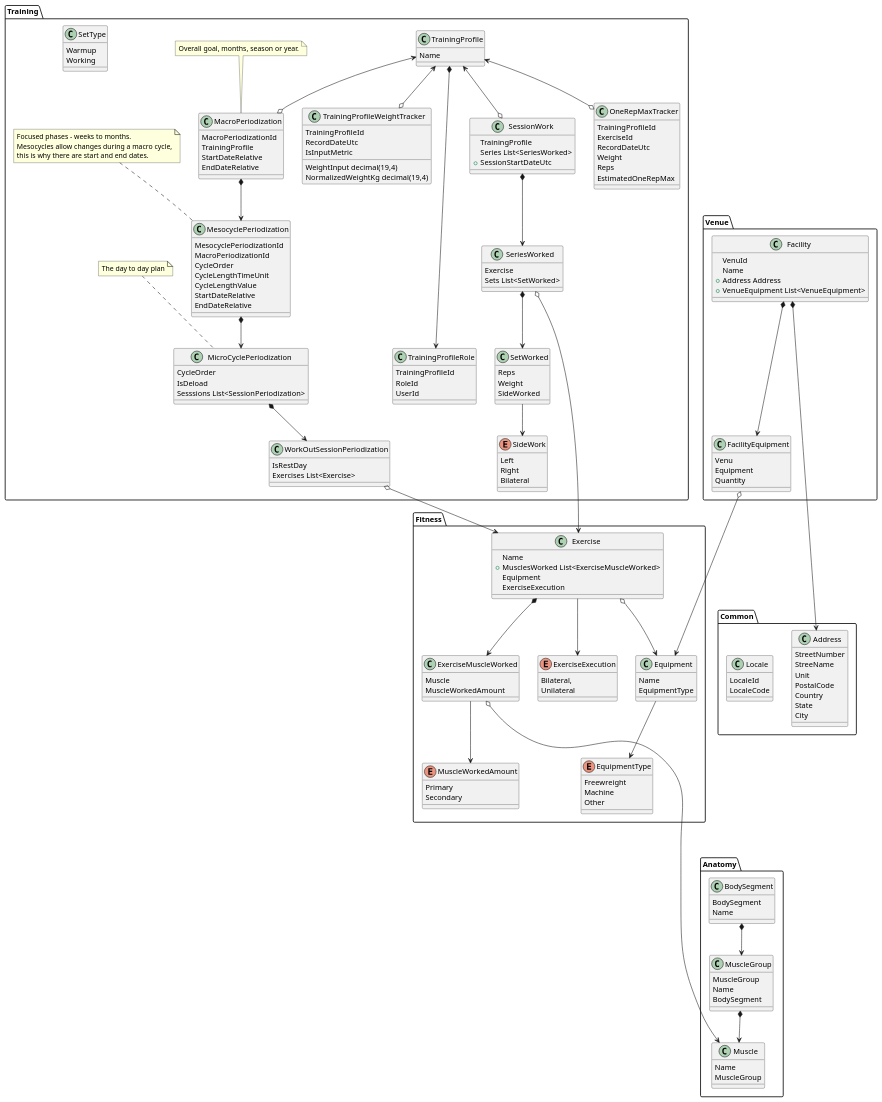
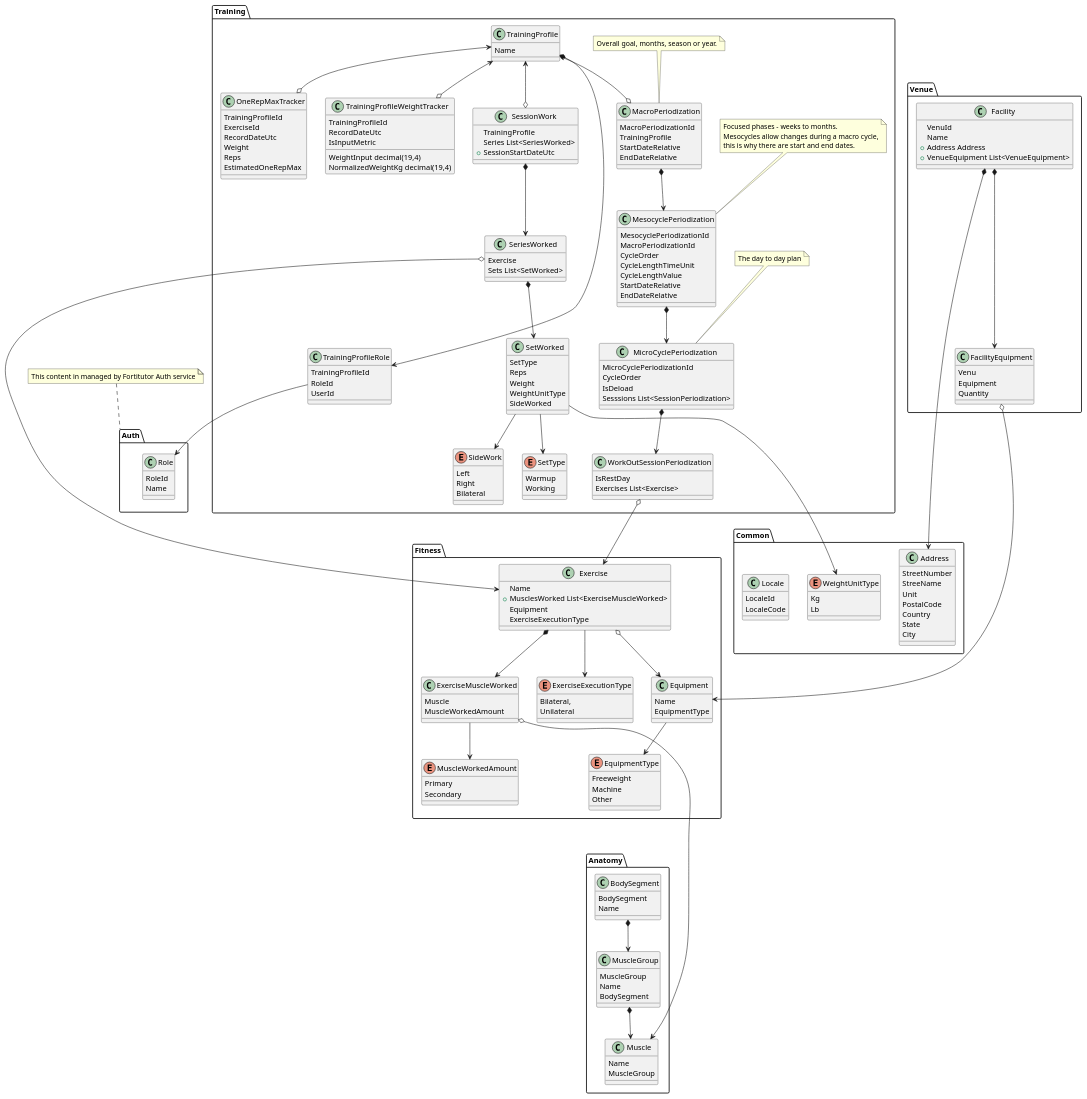
One commit to MatthewVRobertson/fortitutor-docs changed the diagram in Core.plantuml. Above: the diagram before and after it, drawn with PlantUML.

Commit message:
Add role linkage

```diff
--- a/Core.plantuml
+++ b/Core.plantuml
@@ -26,7 +26,7 @@
         Name
         + MusclesWorked List<ExerciseMuscleWorked>
         Equipment        
-        ExerciseExecution
+        ExerciseExecutionType
     }
 
     class ExerciseMuscleWorked {
@@ -44,19 +44,20 @@
         EquipmentType
     }
 
-    enum ExerciseExecution {
+    enum ExerciseExecutionType {
         Bilateral,
         Unilateral
     }
+
     enum EquipmentType {
-        Freewreight
+        Freeweight
         Machine
         Other
     }
 
     Exercise *--> ExerciseMuscleWorked
     Exercise o--> Equipment
-    Exercise --> ExerciseExecution
+    Exercise --> ExerciseExecutionType
     ExerciseMuscleWorked --> MuscleWorkedAmount
     Fitness.ExerciseMuscleWorked o------> Anatomy.Muscle
     Equipment --> EquipmentType
@@ -98,6 +99,7 @@
 
     class MicroCyclePeriodization
     {
+        MicroCyclePeriodizationId
         CycleOrder
         IsDeload        
         Sesssions List<SessionPeriodization>
@@ -137,15 +139,16 @@
         Sets List<SetWorked>
     }
 
-
-    class SetType {
+    enum SetType {
         Warmup
         Working
     }
 
     class SetWorked {
+        SetType
         Reps
         Weight
+        WeightUnitType
         SideWorked
     }
 
@@ -178,9 +181,13 @@
     SessionWork *--> SeriesWorked
     SeriesWorked *--> SetWorked
     SetWorked --> SideWork
+    SetWorked --> SetType
+    
 }
 
+SetWorked ---> Common.WeightUnitType
 Training.SeriesWorked o--> Fitness.Exercise
+TrainingProfileRole --> Auth.Role
 
 package Venue {
     class Facility {
@@ -218,5 +225,22 @@
         LocaleId
         LocaleCode
     }
+
+    enum WeightUnitType {
+        Kg
+        Lb
+    }
 }
+
+
+package Auth {
+    class Role {
+        RoleId
+        Name
+    }
+}
+
+note top of Auth
+    This content in managed by Fortitutor Auth service
+end note
 @enduml
```
